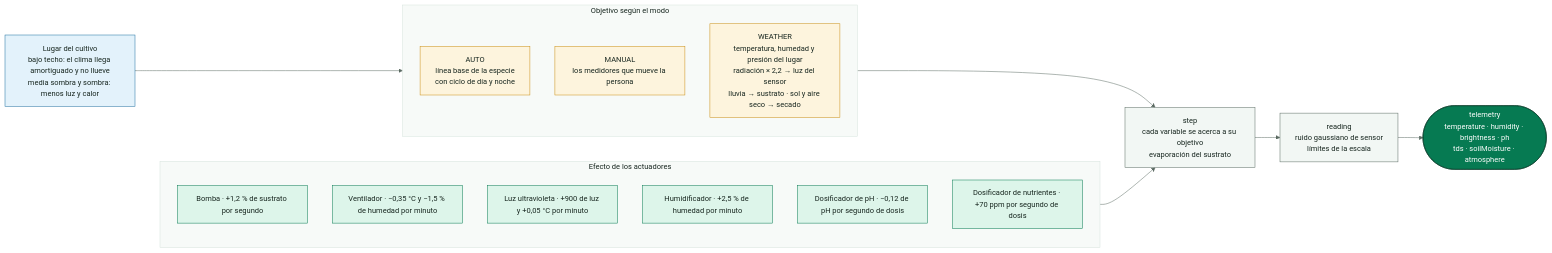
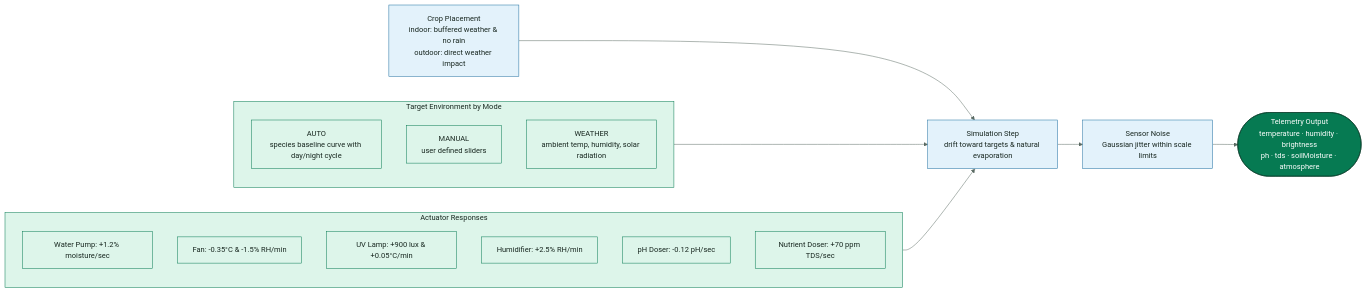
The third of 3 diagrams in docs/SmartPot_DataGenerator_Documentation.md (SmartPotTech/SmartPot-DataGenerator-Python), drawn with Mermaid before and after one commit. The commit also changed other lines of this file and 12 other files, not shown here.

Commit message:
docs(specs): standardize legacy english documentation, notices, diagrams, and manuals

````diff
--- a/docs/SmartPot_DataGenerator_Documentation.md
+++ b/docs/SmartPot_DataGenerator_Documentation.md
@@ -130,39 +119,33 @@
 ```mermaid
 %%{init: {"theme": "base", "fontFamily": "Segoe UI, Arial, sans-serif", "themeVariables": {"fontFamily": "Segoe UI, Arial, sans-serif", "fontSize": "15px", "primaryColor": "#DDF5EA", "primaryTextColor": "#17261F", "primaryBorderColor": "#067A52", "secondaryColor": "#E3F2FB", "secondaryTextColor": "#17261F", "secondaryBorderColor": "#1F6FA0", "tertiaryColor": "#F2F7F4", "tertiaryTextColor": "#17261F", "tertiaryBorderColor": "#D5E3DC", "lineColor": "#5B6B63", "textColor": "#17261F", "mainBkg": "#DDF5EA", "nodeBorder": "#067A52", "clusterBkg": "#F7FAF8", "clusterBorder": "#D5E3DC", "edgeLabelBackground": "#FFFFFF", "actorBkg": "#067A52", "actorBorder": "#0B3D2B", "actorTextColor": "#FFFFFF", "actorLineColor": "#5B6B63", "signalColor": "#17261F", "signalTextColor": "#17261F", "labelBoxBkgColor": "#0B3D2B", "labelBoxBorderColor": "#0B3D2B", "labelTextColor": "#FFFFFF", "loopTextColor": "#0B3D2B", "noteBkgColor": "#FDF4DD", "noteBorderColor": "#C98D12", "noteTextColor": "#17261F", "activationBkgColor": "#DDF5EA", "activationBorderColor": "#067A52", "attributeBackgroundColorOdd": "#FFFFFF", "attributeBackgroundColorEven": "#F2F7F4"}}}%%
 flowchart LR
-  subgraph objetivo["Objetivo según el modo"]
+  subgraph target["Target Environment by Mode"]
     direction TB
-    auto["AUTO<br/>línea base de la especie<br/>con ciclo de día y noche"]
-    manual["MANUAL<br/>los medidores que mueve la persona"]
-    weather["WEATHER<br/>temperatura, humedad y presión del lugar<br/>radiación × 2,2 → luz del sensor<br/>lluvia → sustrato · sol y aire seco → secado"]
+    auto["AUTO<br/>species baseline curve with day/night cycle"]
+    manual["MANUAL<br/>user defined sliders"]
+    weather["WEATHER<br/>ambient temp, humidity, solar radiation"]
   end
-  subgraph actuadores["Efecto de los actuadores"]
+  subgraph actuators["Actuator Responses"]
     direction TB
-    pump["Bomba · +1,2 % de sustrato por segundo"]
-    fan["Ventilador · −0,35 °C y −1,5 % de humedad por minuto"]
-    uv["Luz ultravioleta · +900 de luz y +0,05 °C por minuto"]
-    hum["Humidificador · +2,5 % de humedad por minuto"]
-    ph["Dosificador de pH · −0,12 de pH por segundo de dosis"]
-    nut["Dosificador de nutrientes · +70 ppm por segundo de dosis"]
+    pump["Water Pump: +1.2% moisture/sec"]
+    fan["Fan: -0.35°C & -1.5% RH/min"]
+    uv["UV Lamp: +900 lux & +0.05°C/min"]
+    hum["Humidifier: +2.5% RH/min"]
+    ph["pH Doser: -0.12 pH/sec"]
+    nut["Nutrient Doser: +70 ppm TDS/sec"]
   end
-  place["Lugar del cultivo<br/>bajo techo: el clima llega amortiguado y no llueve<br/>media sombra y sombra: menos luz y calor"]
-  relax["step<br/>cada variable se acerca a su objetivo<br/>evaporación del sustrato"]
-  noise["reading<br/>ruido gaussiano de sensor<br/>límites de la escala"]
-  out(["telemetry<br/>temperature · humidity · brightness · ph<br/>tds · soilMoisture · atmosphere"])
-  objetivo --> relax
-  place --> objetivo
-  actuadores --> relax
-  relax --> noise --> out
+  place["Crop Placement<br/>indoor: buffered weather & no rain<br/>outdoor: direct weather impact"]
+  step["Simulation Step<br/>drift toward targets & natural evaporation"]
+  noise["Sensor Noise<br/>Gaussian jitter within scale limits"]
+  out(["Telemetry Output<br/>temperature · humidity · brightness<br/>ph · tds · soilMoisture · atmosphere"])
+  target --> step
+  actuators --> step
+  place --> step
+  step --> noise --> out
+  classDef core fill:#067A52,stroke:#0B3D2B,color:#FFFFFF
   classDef leaf fill:#DDF5EA,stroke:#067A52,color:#17261F
   classDef water fill:#E3F2FB,stroke:#1F6FA0,color:#17261F
-  classDef sun fill:#FDF4DD,stroke:#C98D12,color:#17261F
-  classDef clay fill:#FBE9E1,stroke:#B85A38,color:#17261F
-  classDef core fill:#067A52,stroke:#0B3D2B,color:#FFFFFF
-  classDef deep fill:#0B3D2B,stroke:#06281C,color:#FFFFFF
-  classDef muted fill:#F2F7F4,stroke:#5B6B63,color:#17261F
-  class auto,manual,weather sun
-  class pump,fan,uv,hum,ph,nut leaf
-  class relax,noise muted
-  class place water
+  class target,actuators leaf
+  class place,step,noise water
   class out core
 ```
````
